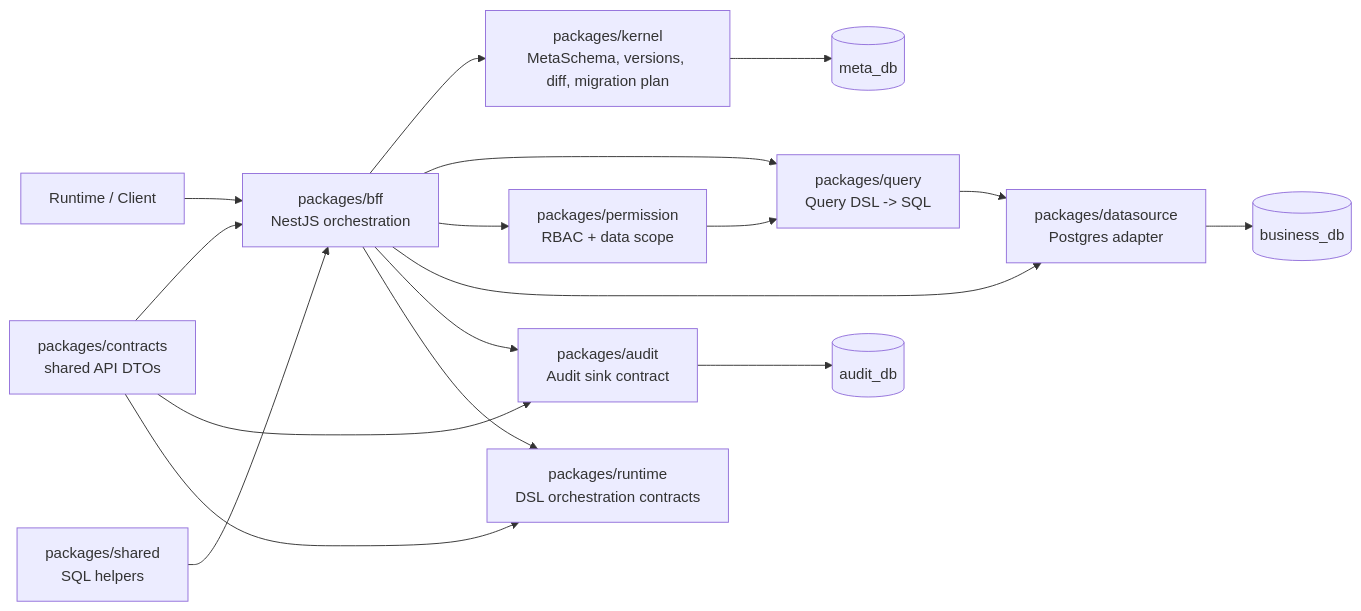
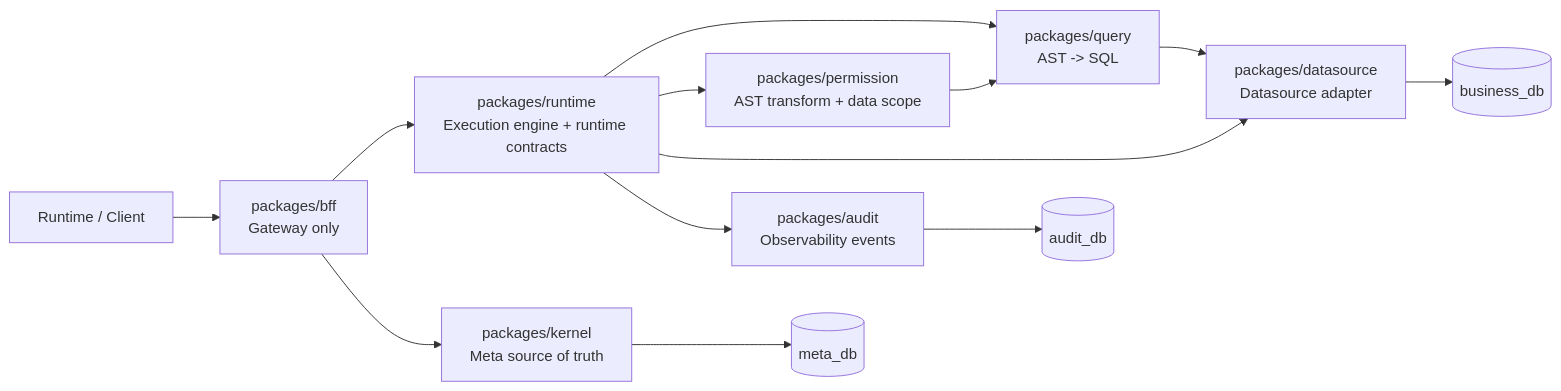
Before and after one commit to zhongmiao-org/meta-lc-platform: the diagram in README.md, drawn with Mermaid. The commit also changed other lines of this file and 96 other files, not shown here.

````diff
--- a/README.md
+++ b/README.md
@@ -13,19 +13,15 @@
 ```mermaid
 flowchart LR
-  Client["Runtime / Client"] --> BFF["packages/bff<br/>NestJS orchestration"]
-  BFF --> Kernel["packages/kernel<br/>MetaSchema, versions, diff, migration plan"]
-  BFF --> Query["packages/query<br/>Query DSL -> SQL"]
-  BFF --> Permission["packages/permission<br/>RBAC + data scope"]
-  BFF --> Datasource["packages/datasource<br/>Postgres adapter"]
-  BFF --> Audit["packages/audit<br/>Audit sink contract"]
-  BFF --> Runtime["packages/runtime<br/>DSL orchestration contracts"]
+  Client["Runtime / Client"] --> BFF["packages/bff<br/>Gateway only"]
+  BFF --> Runtime["packages/runtime<br/>Execution engine + runtime contracts"]
+  BFF --> Kernel["packages/kernel<br/>Meta source of truth"]
+  Runtime --> Query["packages/query<br/>AST -> SQL"]
+  Runtime --> Permission["packages/permission<br/>AST transform + data scope"]
+  Runtime --> Datasource["packages/datasource<br/>Datasource adapter"]
+  Runtime --> Audit["packages/audit<br/>Observability events"]
   Kernel --> MetaDb[("meta_db")]
   Query --> Datasource
   Permission --> Query
   Datasource --> BusinessDb[("business_db")]
   Audit --> AuditDb[("audit_db")]
-  Contracts["packages/contracts<br/>shared API DTOs"] --> BFF
-  Contracts --> Audit
-  Contracts --> Runtime
-  Shared["packages/shared<br/>SQL helpers"] --> BFF
 ```
````
